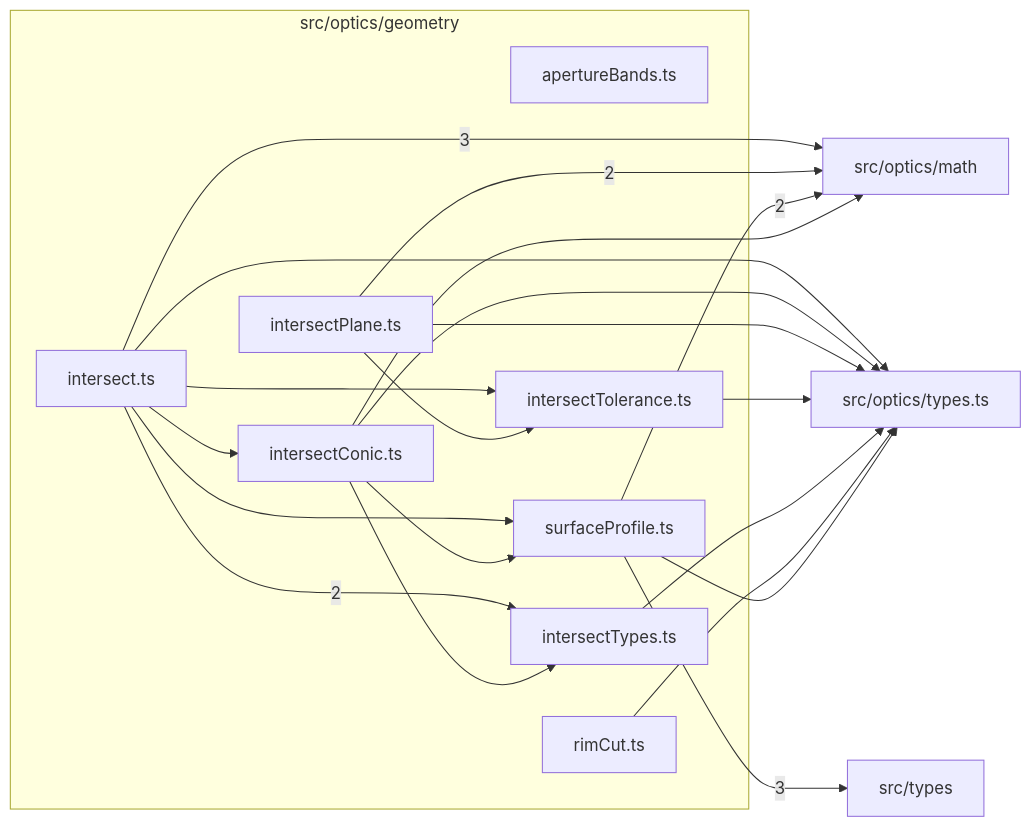
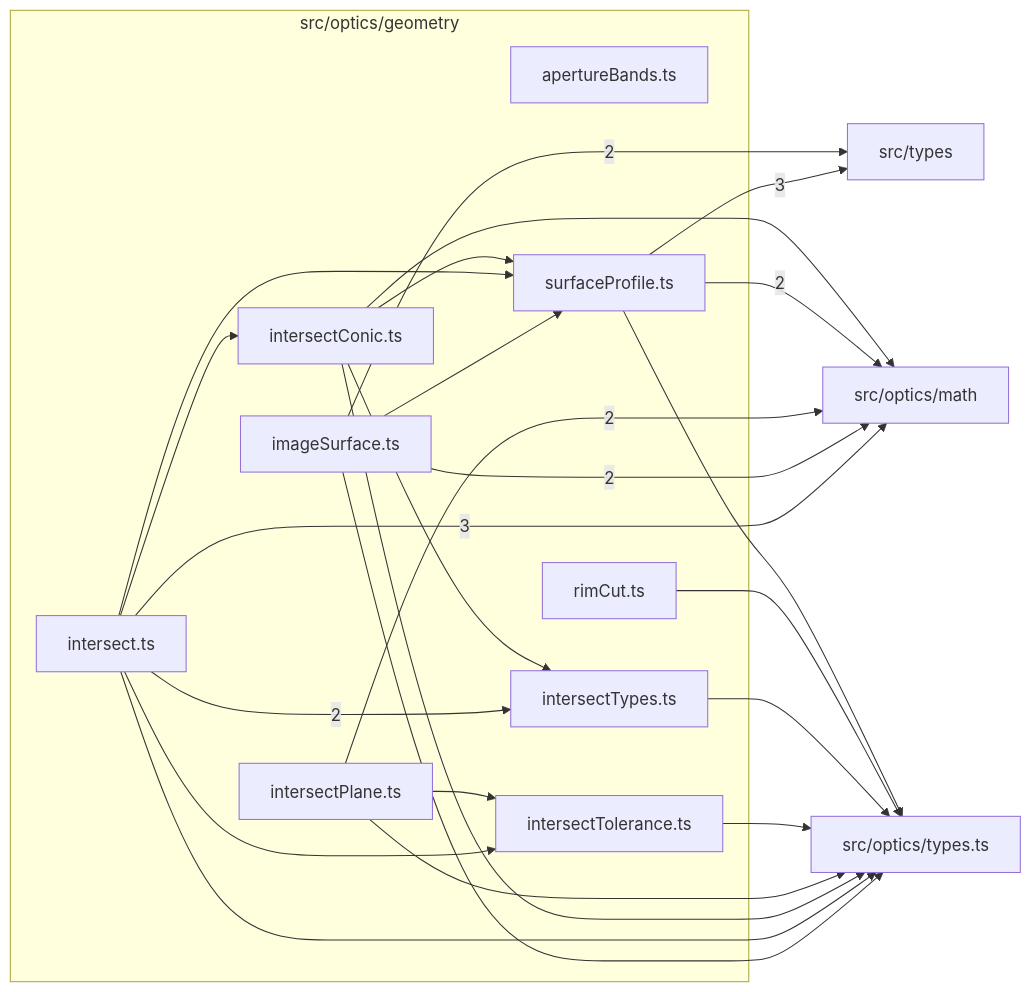
One commit to ronbuening/LensVisualizer changed the diagram in src/optics/geometry/readme.md. Above: the diagram before and after it, drawn with Mermaid. The commit also changed other lines of this file and 46 other files, not shown here.

First line of the commit message:
Add the curved image-surface data contract and geometry primitive

````diff
--- a/src/optics/geometry/readme.md
+++ b/src/optics/geometry/readme.md
@@ -9,35 +9,40 @@
 ```mermaid
 flowchart LR
   subgraph n_src_optics_geometry["src/optics/geometry"]
     n_src_optics_geometry_src_optics_geometry_apertureBands_ts["apertureBands.ts"]
+    n_src_optics_geometry_src_optics_geometry_imageSurface_ts["imageSurface.ts"]
     n_src_optics_geometry_src_optics_geometry_intersect_ts["intersect.ts"]
     n_src_optics_geometry_src_optics_geometry_intersectConic_ts["intersectConic.ts"]
     n_src_optics_geometry_src_optics_geometry_intersectPlane_ts["intersectPlane.ts"]
     n_src_optics_geometry_src_optics_geometry_intersectTolerance_ts["intersectTolerance.ts"]
     n_src_optics_geometry_src_optics_geometry_intersectTypes_ts["intersectTypes.ts"]
     n_src_optics_geometry_src_optics_geometry_rimCut_ts["rimCut.ts"]
     n_src_optics_geometry_src_optics_geometry_surfaceProfile_ts["surfaceProfile.ts"]
   end
   n_external_src_optics_math["src/optics/math"]
   n_external_src_types["src/types"]
   n_external_src_optics_types_ts["src/optics/types.ts"]
   n_src_optics_geometry_src_optics_geometry_intersect_ts --> |3| n_external_src_optics_math
   n_src_optics_geometry_src_optics_geometry_surfaceProfile_ts --> |3| n_external_src_types
+  n_src_optics_geometry_src_optics_geometry_imageSurface_ts --> |2| n_external_src_optics_math
   n_src_optics_geometry_src_optics_geometry_intersectPlane_ts --> |2| n_external_src_optics_math
   n_src_optics_geometry_src_optics_geometry_surfaceProfile_ts --> |2| n_external_src_optics_math
+  n_src_optics_geometry_src_optics_geometry_imageSurface_ts --> |2| n_external_src_types
   n_src_optics_geometry_src_optics_geometry_intersect_ts --> |2| n_src_optics_geometry_src_optics_geometry_intersectTypes_ts
   n_src_optics_geometry_src_optics_geometry_intersectConic_ts --> n_external_src_optics_math
+  n_src_optics_geometry_src_optics_geometry_imageSurface_ts --> n_external_src_optics_types_ts
   n_src_optics_geometry_src_optics_geometry_intersect_ts --> n_external_src_optics_types_ts
   n_src_optics_geometry_src_optics_geometry_intersectConic_ts --> n_external_src_optics_types_ts
   n_src_optics_geometry_src_optics_geometry_intersectPlane_ts --> n_external_src_optics_types_ts
   n_src_optics_geometry_src_optics_geometry_intersectTolerance_ts --> n_external_src_optics_types_ts
   n_src_optics_geometry_src_optics_geometry_intersectTypes_ts --> n_external_src_optics_types_ts
   n_src_optics_geometry_src_optics_geometry_rimCut_ts --> n_external_src_optics_types_ts
   n_src_optics_geometry_src_optics_geometry_surfaceProfile_ts --> n_external_src_optics_types_ts
   n_src_optics_geometry_src_optics_geometry_intersect_ts --> n_src_optics_geometry_src_optics_geometry_intersectConic_ts
   n_src_optics_geometry_src_optics_geometry_intersect_ts --> n_src_optics_geometry_src_optics_geometry_intersectTolerance_ts
   n_src_optics_geometry_src_optics_geometry_intersectPlane_ts --> n_src_optics_geometry_src_optics_geometry_intersectTolerance_ts
   n_src_optics_geometry_src_optics_geometry_intersectConic_ts --> n_src_optics_geometry_src_optics_geometry_intersectTypes_ts
+  n_src_optics_geometry_src_optics_geometry_imageSurface_ts --> n_src_optics_geometry_src_optics_geometry_surfaceProfile_ts
   n_src_optics_geometry_src_optics_geometry_intersect_ts --> n_src_optics_geometry_src_optics_geometry_surfaceProfile_ts
   n_src_optics_geometry_src_optics_geometry_intersectConic_ts --> n_src_optics_geometry_src_optics_geometry_surfaceProfile_ts
 ```
````
